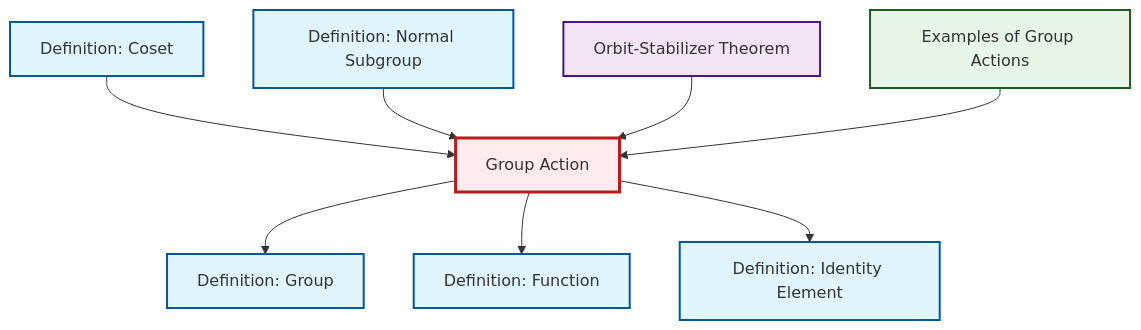
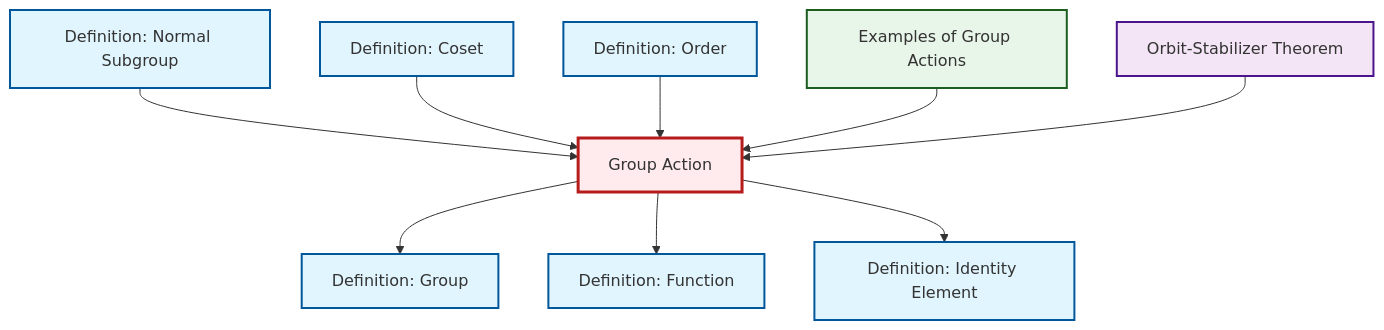
Before and after one commit to RK0429/ModernMath: the diagram in content/en/algebra/def-group-action.qmd, drawn with Mermaid. The commit also changed 581 other files, not shown here.

````diff
--- a/content/en/algebra/def-group-action.qmd
+++ b/content/en/algebra/def-group-action.qmd
@@ -61,32 +61,35 @@
 ```{mermaid}
 %%| fig-cap: "Local dependency graph"
 graph TD
     classDef definition fill:#e1f5fe,stroke:#01579b,stroke-width:2px
     classDef theorem fill:#f3e5f5,stroke:#4a148c,stroke-width:2px
     classDef axiom fill:#fff3e0,stroke:#e65100,stroke-width:2px
     classDef example fill:#e8f5e9,stroke:#1b5e20,stroke-width:2px
     classDef current fill:#ffebee,stroke:#b71c1c,stroke-width:3px
+    def-function["Definition: Function"]:::definition
+    def-order["Definition: Order"]:::definition
+    thm-orbit-stabilizer["Orbit-Stabilizer Theorem"]:::theorem
     def-group-action["Group Action"]:::definition
+    ex-group-action-examples["Examples of Group Actions"]:::example
+    def-coset["Definition: Coset"]:::definition
+    def-identity-element["Definition: Identity Element"]:::definition
     def-group["Definition: Group"]:::definition
-    def-function["Definition: Function"]:::definition
-    thm-orbit-stabilizer["Orbit-Stabilizer Theorem"]:::theorem
     def-normal-subgroup["Definition: Normal Subgroup"]:::definition
-    def-coset["Definition: Coset"]:::definition
-    ex-group-action-examples["Examples of Group Actions"]:::example
-    def-identity-element["Definition: Identity Element"]:::definition
+    def-group-action --> def-group
+    def-normal-subgroup --> def-group-action
+    def-group-action --> def-function
     def-coset --> def-group-action
-    def-normal-subgroup --> def-group-action
-    def-group-action --> def-group
-    def-group-action --> def-function
-    thm-orbit-stabilizer --> def-group-action
+    def-order --> def-group-action
     def-group-action --> def-identity-element
     ex-group-action-examples --> def-group-action
+    thm-orbit-stabilizer --> def-group-action
     class def-group-action current
+    click def-function "def-function.html" "Go to Function definition"
+    click def-order "def-order.html" "Go to Order definition"
+    click thm-orbit-stabilizer "thm-orbit-stabilizer.html" "Go to Orbit-Stabilizer Theorem"
+    click ex-group-action-examples "ex-group-action-examples.html" "Go to Examples of Group Actions"
+    click def-coset "def-coset.html" "Go to Coset definition"
+    click def-identity-element "def-identity-element.html" "Go to Identity Element definition"
     click def-group "def-group.html" "Go to Group definition"
-    click def-function "def-function.html" "Go to Function definition"
-    click thm-orbit-stabilizer "thm-orbit-stabilizer.html" "Go to Orbit-Stabilizer Theorem"
     click def-normal-subgroup "def-normal-subgroup.html" "Go to Normal Subgroup definition"
-    click def-coset "def-coset.html" "Go to Coset definition"
-    click ex-group-action-examples "ex-group-action-examples.html" "Go to Examples of Group Actions"
-    click def-identity-element "def-identity-element.html" "Go to Identity Element definition"
 ```
````
